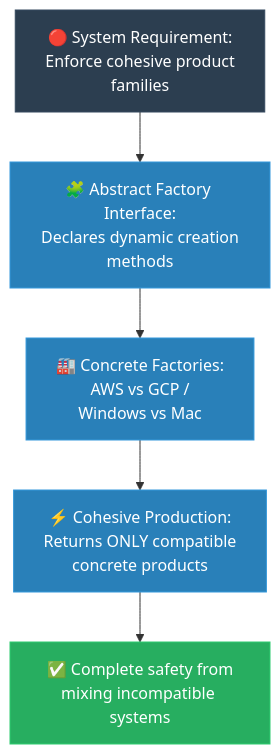
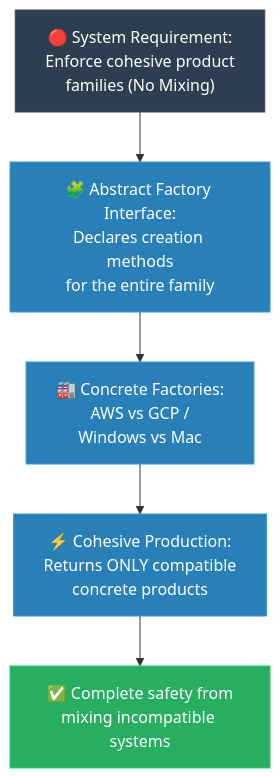
One commit to GuideStack/iblogger-feeds changed the diagram in feeds/concepts/design-patterns/01-mit-professor/03-abstract-factory.md. Above: the diagram before and after it, drawn with Mermaid. The commit also changed other lines of this file and 15 other files, not shown here.

````diff
--- a/feeds/concepts/design-patterns/01-mit-professor/03-abstract-factory.md
+++ b/feeds/concepts/design-patterns/01-mit-professor/03-abstract-factory.md
@@ -99,11 +96,11 @@
 ```mermaid
 flowchart TD
     classDef axiom fill:#2c3e50,stroke:#34495e,color:#fff
     classDef derivation fill:#2980b9,stroke:#3498db,color:#fff
     classDef result fill:#27ae60,stroke:#2ecc71,color:#fff
 
-    A["🔴 System Requirement:<br/>Enforce cohesive product<br/>families"]:::axiom --> B["🧩 Abstract Factory Interface:<br/>Declares dynamic creation<br/>methods"]:::derivation
+    A["🔴 System Requirement:<br/>Enforce cohesive product<br/>families (No Mixing)"]:::axiom --> B["🧩 Abstract Factory Interface:<br/>Declares creation methods<br/>for the entire family"]:::derivation
     B --> C["🏭 Concrete Factories:<br/>AWS vs GCP /<br/>Windows vs Mac"]:::derivation
     C --> D["⚡ Cohesive Production:<br/>Returns ONLY compatible<br/>concrete products"]:::derivation
     D --> E["✅ Complete safety from<br/>mixing incompatible systems"]:::result
 ```
````
